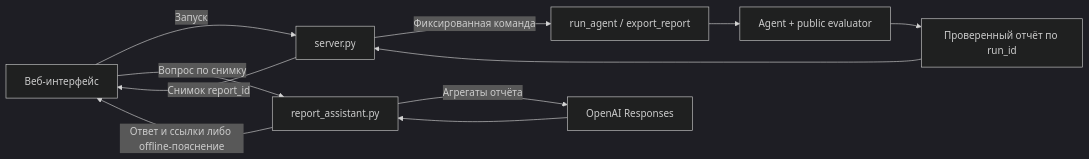
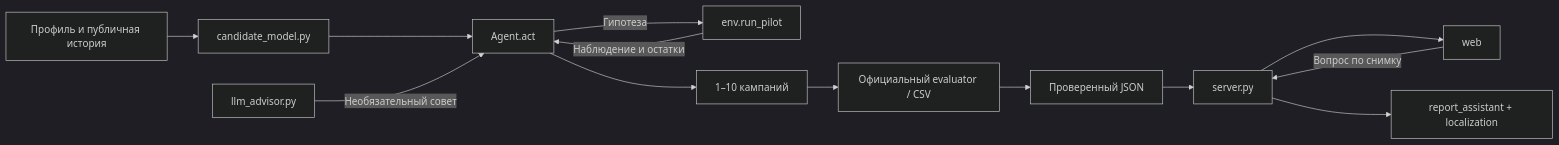
Before and after one commit to BAITC-Hacks/hack-25081c1e-1718: the diagram in docs/ARCHITECTURE.md, drawn with Mermaid (dark theme). The commit also changed other lines of this file and 53 other files, not shown here.

````diff
--- a/docs/ARCHITECTURE.md
+++ b/docs/ARCHITECTURE.md
@@ -33,13 +6,15 @@
 ```mermaid
 flowchart LR
-  UI[Веб-интерфейс] -->|Запуск| API[server.py]
-  API -->|Фиксированная команда| Runner[run_agent / export_report]
-  Runner --> Agent[Agent + public evaluator]
-  Agent --> Report[Проверенный отчёт по run_id]
-  Report --> API
-  API -->|Снимок report_id| UI
-  UI -->|Вопрос по снимку| QA[report_assistant.py]
-  QA -->|Агрегаты отчёта| OpenAI[OpenAI Responses]
-  OpenAI --> QA
-  QA -->|Ответ и ссылки либо offline-пояснение| UI
+  Profile[Профиль и публичная история] --> Candidates[candidate_model.py]
+  Candidates --> Agent[Agent.act]
+  Agent -->|Гипотеза| Pilot[env.run_pilot]
+  Pilot -->|Наблюдение и остатки| Agent
+  Advisor[llm_advisor.py] -->|Необязательный совет| Agent
+  Agent --> Plan[1–10 кампаний]
+  Plan --> Evaluation[Официальный evaluator / CSV]
+  Evaluation --> Report[Проверенный JSON]
+  Report --> Server[server.py]
+  Server --> UI[web]
+  UI -->|Вопрос по снимку| Server
+  Server --> QA[report_assistant + localization]
 ```
````
